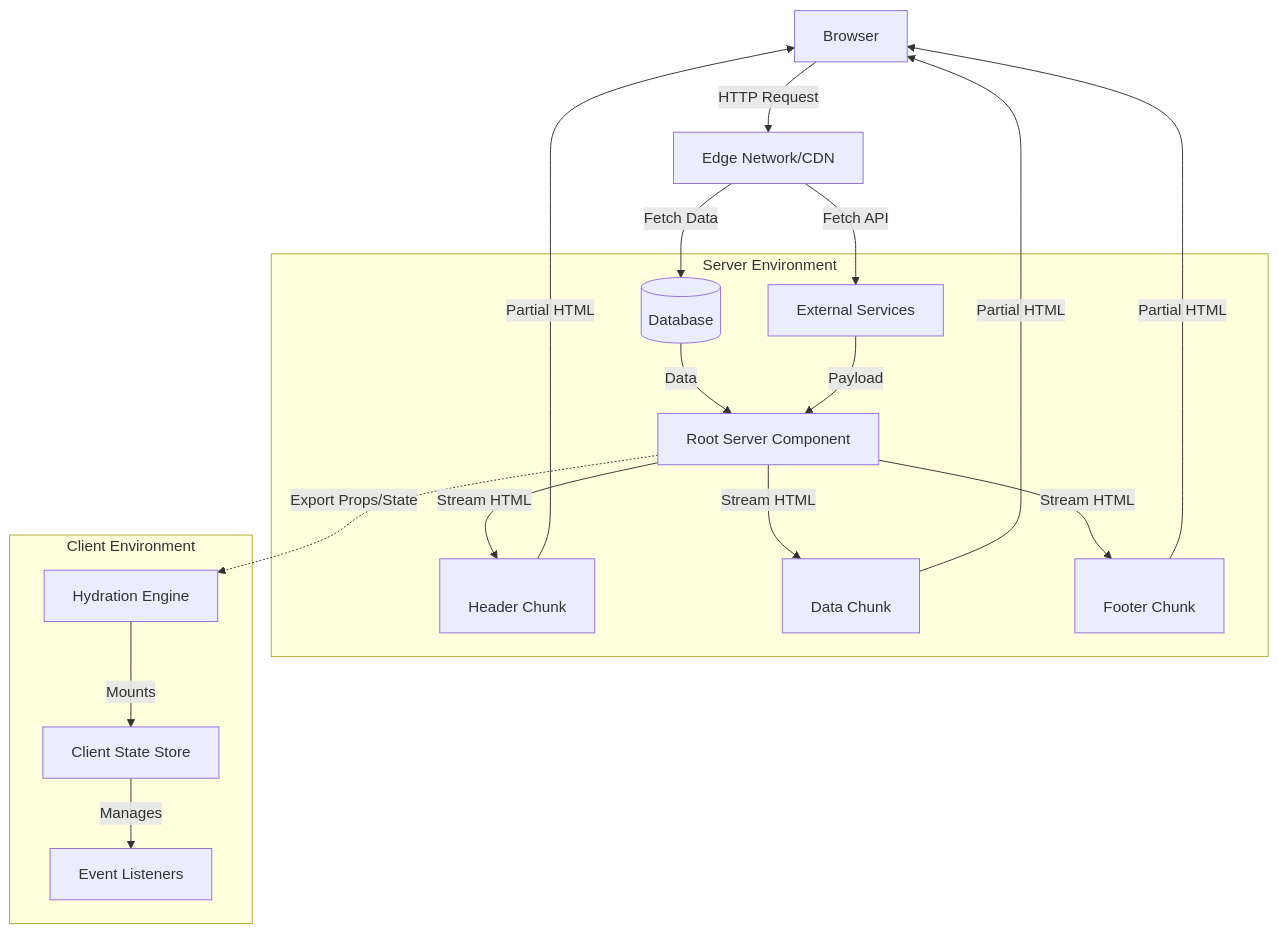
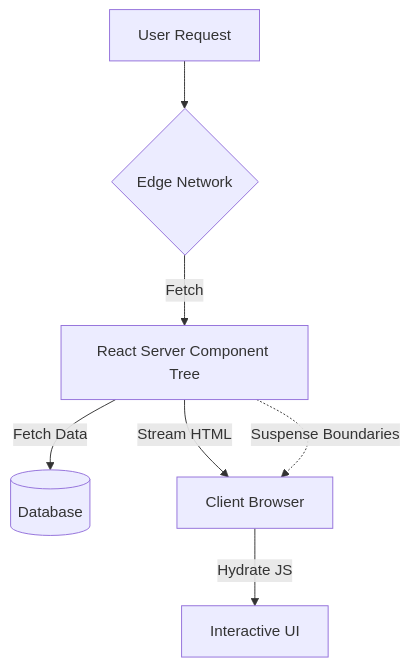
One commit to govindtank/govindtank.github.io changed the diagram in src/content/blog/react-server-components-production-patterns-for-high-performance-web-apps.md. Above: the diagram before and after it, drawn with Mermaid. The commit also changed other lines of this file and 1 other file, not shown here.

First line of the commit message:
blog: Add React Server Components: Production Patterns for High-Performance Web Apps - 2026-06-13

````diff
--- a/src/content/blog/react-server-components-production-patterns-for-high-performance-web-apps.md
+++ b/src/content/blog/react-server-components-production-patterns-for-high-performance-web-apps.md
@@ -34,30 +34,9 @@
 ```mermaid
 graph TD
-    User[Browser] -->|HTTP Request| Edge[Edge Network/CDN]
-    Edge -->|Fetch Data| DB[(Database)]
-    Edge -->|Fetch API| API[External Services]
-    
-    subgraph Server Environment
-        App[Root Server Component]
-        App -->|Stream HTML| Chunk1[<br>Header Chunk]
-        App -->|Stream HTML| Chunk2[<br>Data Chunk]
-        App -->|Stream HTML| Chunk3[<br>Footer Chunk]
-        
-        DB -->|Data| App
-        API -->|Payload| App
-    end
-    
-    subgraph Client Environment
-        Hydration[Hydration Engine]
-        State[Client State Store]
-        Interactions[Event Listeners]
-    end
-
-    Chunk1 -->|Partial HTML| User
-    Chunk2 -->|Partial HTML| User
-    Chunk3 -->|Partial HTML| User
-    
-    App -.->|Export Props/State| Hydration
-    Hydration -->|Mounts| State
-    State -->|Manages| Interactions
+  User[User Request] --> Edge{Edge Network}
+  Edge -->|Fetch| Server[React Server Component Tree]
+  Server -->|Fetch Data| DB[(Database)]
+  Server -->|Stream HTML| Client[Client Browser]
+  Client -->|Hydrate JS| App[Interactive UI]
+  Server -.->|Suspense Boundaries| Client
 ```
````
